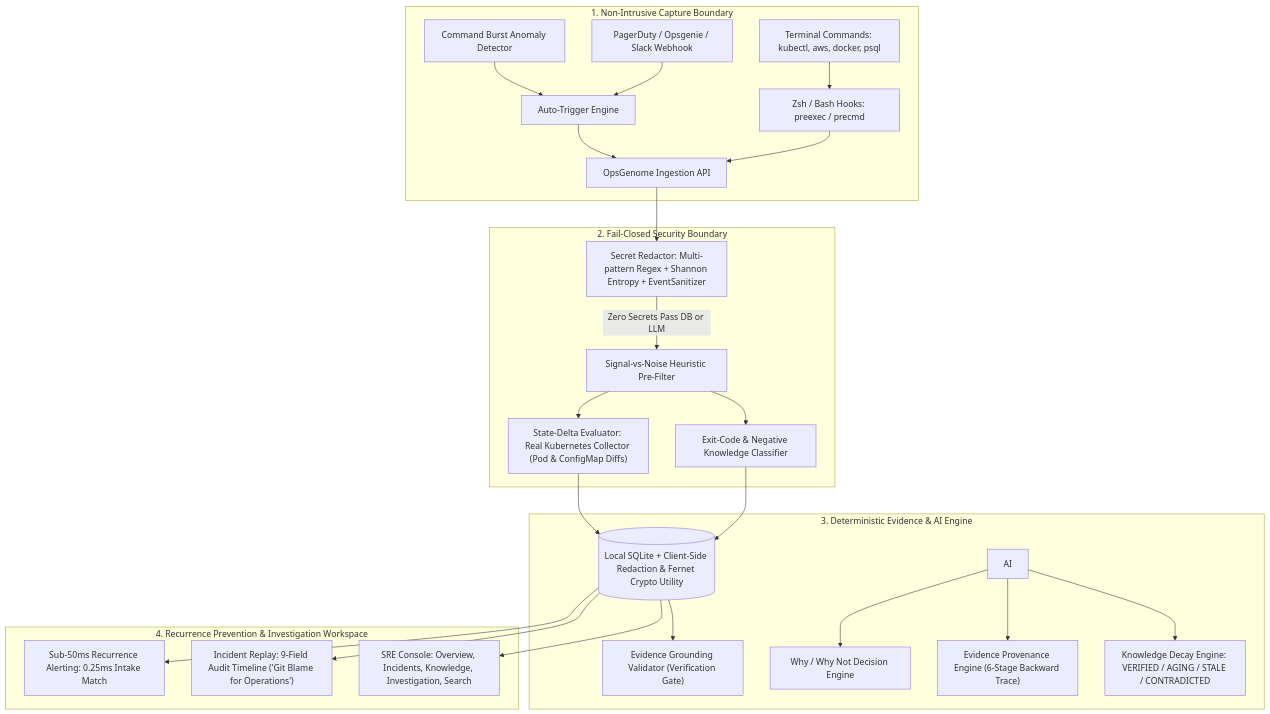
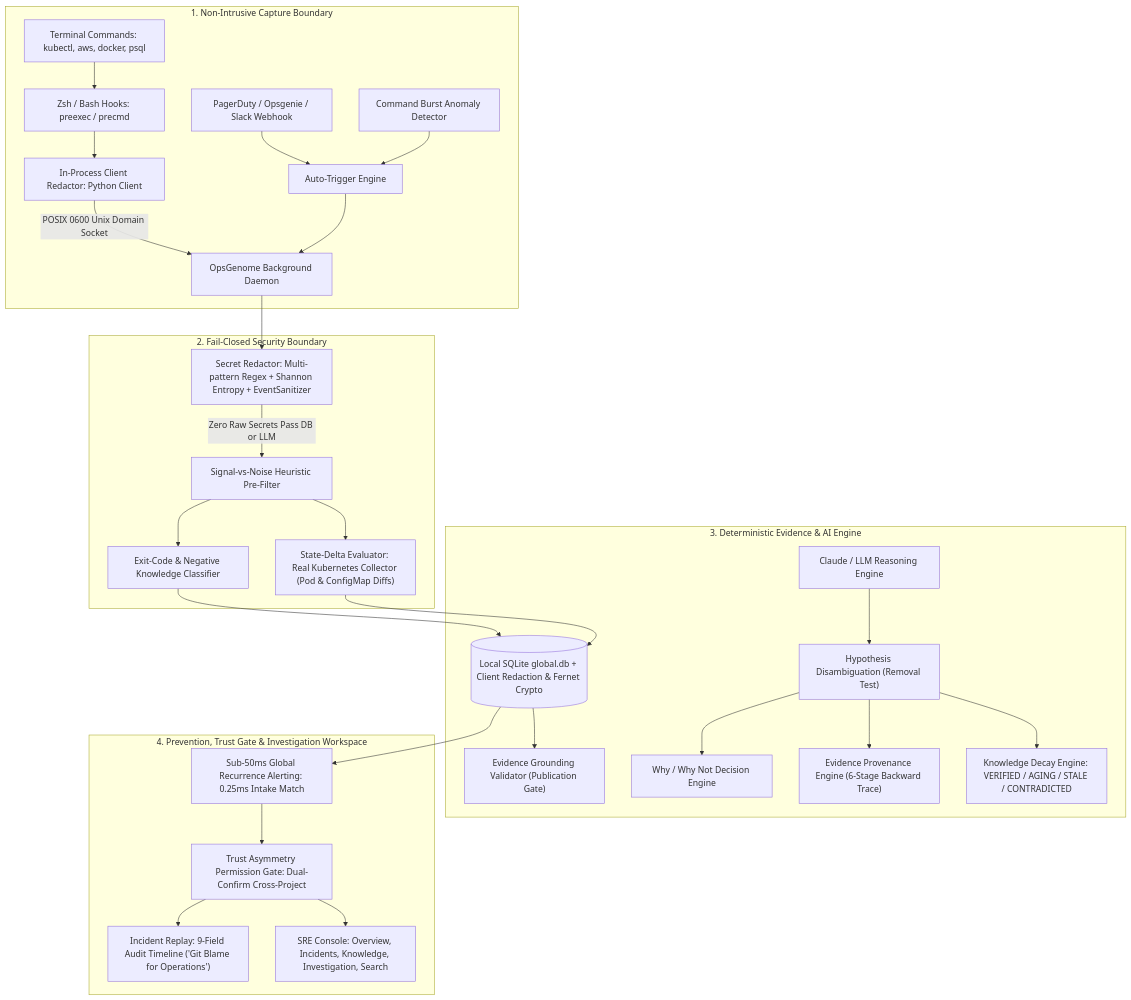
The diagram in README.md (Codexia-afk/OpsGENOME_-Metamorph-), drawn with Mermaid before and after one commit. The commit also changed other lines of this file and 8 other files, not shown here.

````diff
--- a/README.md
+++ b/README.md
@@ -30,31 +29,34 @@
 ```mermaid
 flowchart TD
     subgraph Ingestion["1. Non-Intrusive Capture Boundary"]
         T1["Terminal Commands: kubectl, aws, docker, psql"] --> SH["Zsh / Bash Hooks: preexec / precmd"]
         W1["PagerDuty / Opsgenie / Slack Webhook"] --> AT["Auto-Trigger Engine"]
         W2["Command Burst Anomaly Detector"] --> AT
-        SH --> D1["OpsGenome Ingestion API"]
-        AT --> D1
+        SH --> D1["In-Process Client Redactor: Python Client"]
+        D1 -->|POSIX 0600 Unix Domain Socket| DS["OpsGenome Background Daemon"]
+        AT --> DS
     end
 
     subgraph Security["2. Fail-Closed Security Boundary"]
-        D1 --> SR["Secret Redactor: Multi-pattern Regex + Shannon Entropy + EventSanitizer"]
-        SR -->|Zero Secrets Pass DB or LLM| SF["Signal-vs-Noise Heuristic Pre-Filter"]
+        DS --> SR["Secret Redactor: Multi-pattern Regex + Shannon Entropy + EventSanitizer"]
+        SR -->|Zero Raw Secrets Pass DB or LLM| SF["Signal-vs-Noise Heuristic Pre-Filter"]
         SF --> EW["Exit-Code & Negative Knowledge Classifier"]
         SF --> SD["State-Delta Evaluator: Real Kubernetes Collector (Pod & ConfigMap Diffs)"]
     end
 
     subgraph StorageAI["3. Deterministic Evidence & AI Engine"]
-        EW & SD --> DB[("Local SQLite + Client-Side Redaction & Fernet Crypto Utility")]
-        DB --> EE["Evidence Grounding Validator (Verification Gate)"]
-        AI --> WHY["Why / Why Not Decision Engine"]
-        AI --> PROV["Evidence Provenance Engine (6-Stage Backward Trace)"]
-        AI --> KD["Knowledge Decay Engine: VERIFIED / AGING / STALE / CONTRADICTED"]
+        EW & SD --> DB[("Local SQLite global.db + Client Redaction & Fernet Crypto")]
+        DB --> EE["Evidence Grounding Validator (Publication Gate)"]
+        AI["Claude / LLM Reasoning Engine"] --> DISAMB["Hypothesis Disambiguation (Removal Test)"]
+        DISAMB --> WHY["Why / Why Not Decision Engine"]
+        DISAMB --> PROV["Evidence Provenance Engine (6-Stage Backward Trace)"]
+        DISAMB --> KD["Knowledge Decay Engine: VERIFIED / AGING / STALE / CONTRADICTED"]
     end
 
-    subgraph PreventionUX["4. Recurrence Prevention & Investigation Workspace"]
-        DB --> REC["Sub-50ms Recurrence Alerting: 0.25ms Intake Match"]
-        DB --> IR["Incident Replay: 9-Field Audit Timeline ('Git Blame for Operations')"]
-        DB --> WEB["SRE Console: Overview, Incidents, Knowledge, Investigation, Search"]
+    subgraph PreventionUX["4. Prevention, Trust Gate & Investigation Workspace"]
+        DB --> REC["Sub-50ms Global Recurrence Alerting: 0.25ms Intake Match"]
+        REC --> GATE["Trust Asymmetry Permission Gate: Dual-Confirm Cross-Project"]
+        GATE --> IR["Incident Replay: 9-Field Audit Timeline ('Git Blame for Operations')"]
+        GATE --> WEB["SRE Console: Overview, Incidents, Knowledge, Investigation, Search"]
     end
 ```
````
